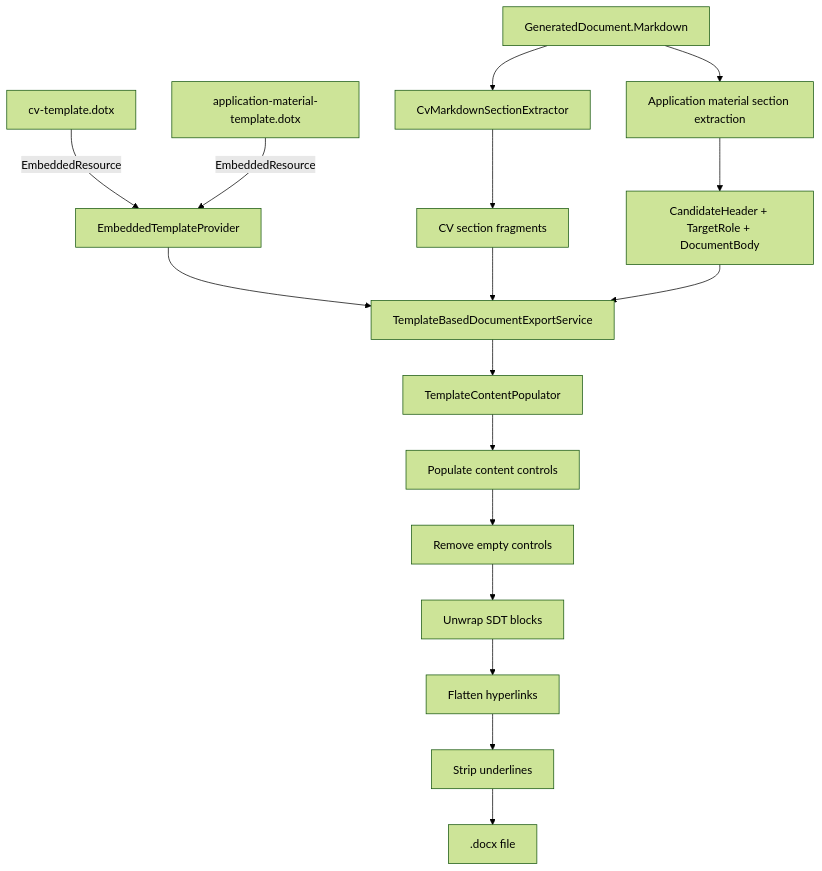
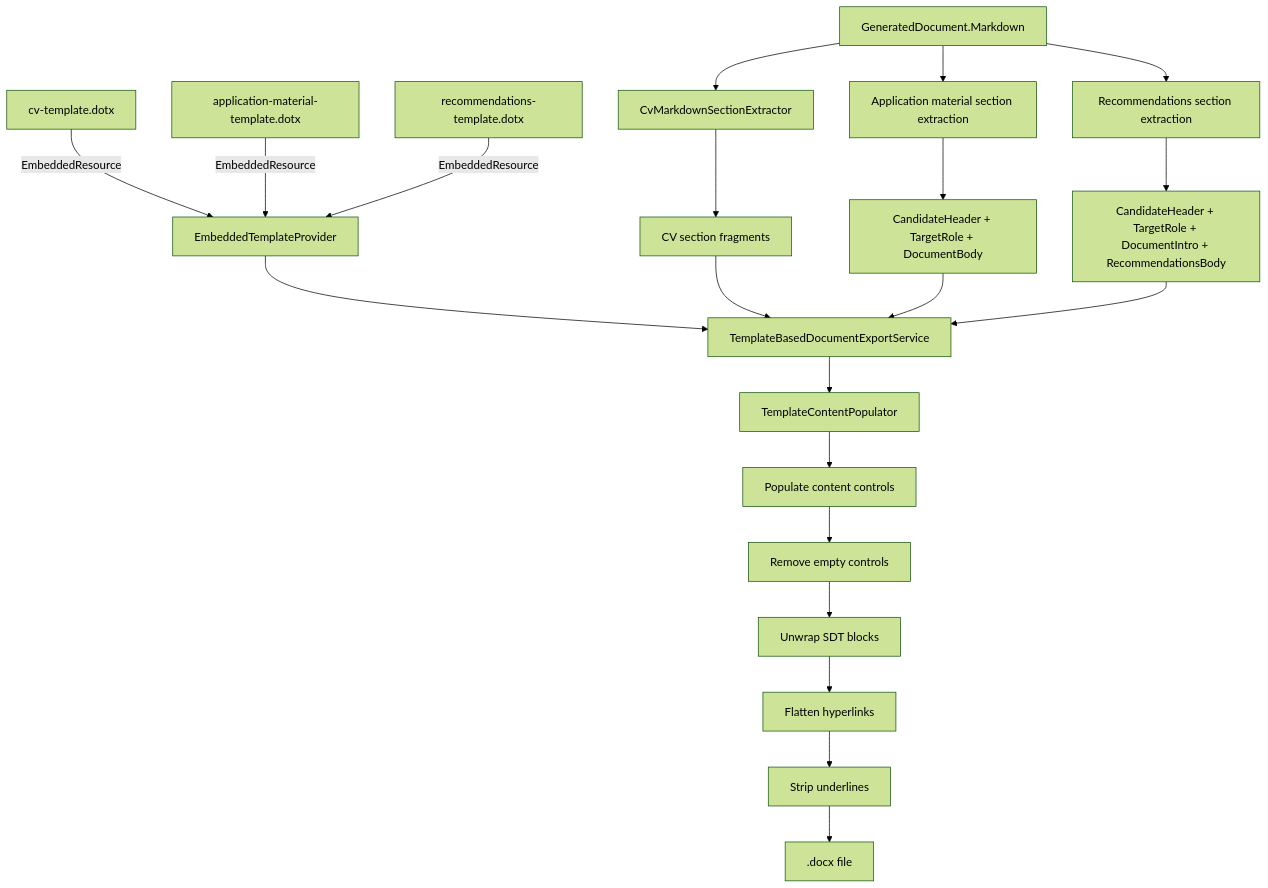
Before and after one commit to hennie42/li-jobber: diagram 17 of 20 in docs/details.md, drawn with Mermaid (forest theme). The commit also changed other lines of this file and 29 other files, not shown here.

````diff
--- a/docs/details.md
+++ b/docs/details.md
@@ -790,19 +791,23 @@
 ```mermaid
 graph TD
     A[cv-template.dotx] -->|EmbeddedResource| B[EmbeddedTemplateProvider]
     A2[application-material-template.dotx] -->|EmbeddedResource| B
+    A3[recommendations-template.dotx] -->|EmbeddedResource| B
     B --> C[TemplateBasedDocumentExportService]
     D[GeneratedDocument.Markdown] --> E[CvMarkdownSectionExtractor]
     E --> F["CV section fragments"]
     D --> E2[Application material section extraction]
     E2 --> F2["CandidateHeader + TargetRole + DocumentBody"]
+    D --> E3[Recommendations section extraction]
+    E3 --> F3["CandidateHeader + TargetRole + DocumentIntro + RecommendationsBody"]
     F --> C
     F2 --> C
+    F3 --> C
     C --> G[TemplateContentPopulator]
     G --> H["Populate content controls"]
     H --> I["Remove empty controls"]
     I --> J["Unwrap SDT blocks"]
     J --> K["Flatten hyperlinks"]
     K --> L["Strip underlines"]
     L --> M[".docx file"]
 ```
````
